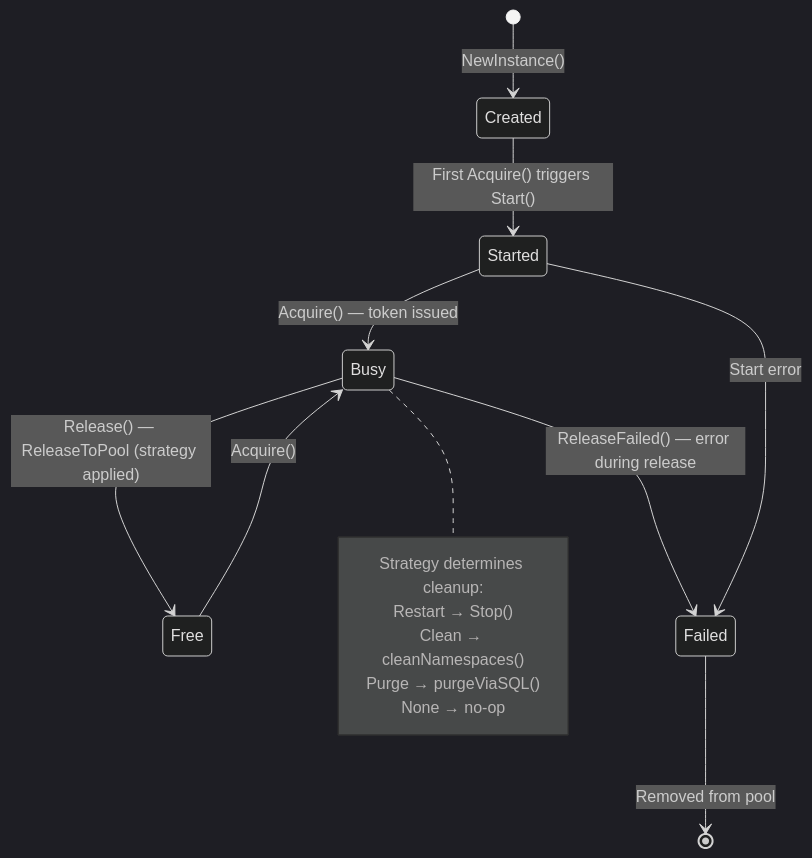
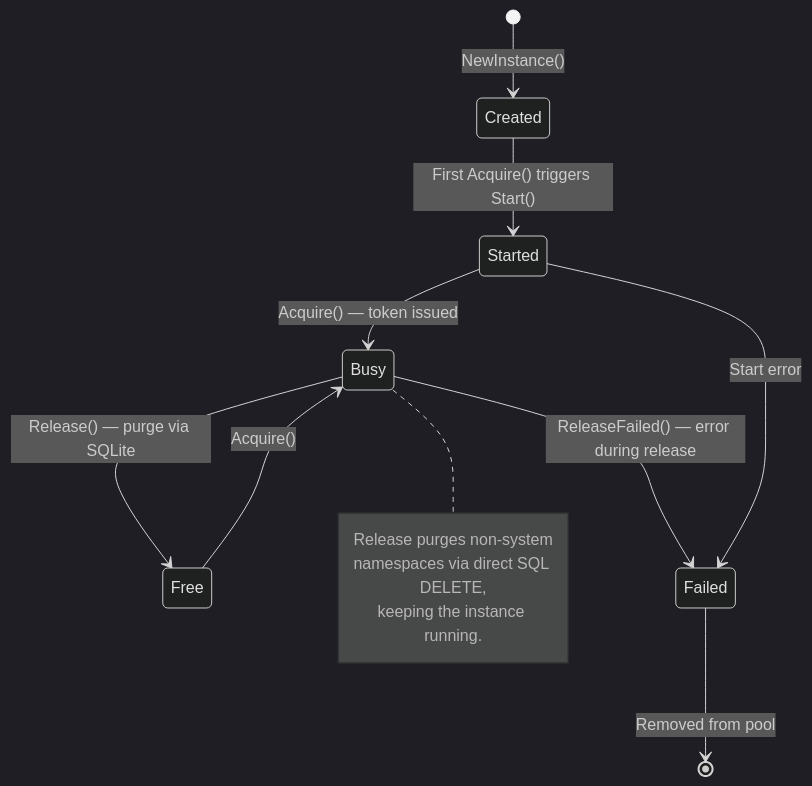
The third of 3 diagrams in docs/reference/data-flow.md (giantswarm/k8senv), drawn with Mermaid (dark theme) before and after one commit. The commit also changed other lines of this file and 6 other files, not shown here.

First line of the commit message:
docs: remove stale release strategy references

````diff
--- a/docs/reference/data-flow.md
+++ b/docs/reference/data-flow.md
@@ -110,19 +99,17 @@
 ```mermaid
 stateDiagram-v2
     [*] --> Created: NewInstance()
     Created --> Started: First Acquire() triggers Start()
     Started --> Busy: Acquire() — token issued
-    Busy --> Free: Release() — ReleaseToPool (strategy applied)
+    Busy --> Free: Release() — purge via SQLite
     Free --> Busy: Acquire()
     Busy --> Failed: ReleaseFailed() — error during release
     Started --> Failed: Start error
     Failed --> [*]: Removed from pool
 
     note right of Busy
-        Strategy determines cleanup:
-        Restart → Stop()
-        Clean → cleanNamespaces()
-        Purge → purgeViaSQL()
-        None → no-op
+        Release purges non-system
+        namespaces via direct SQL DELETE,
+        keeping the instance running.
     end note
 ```
````
